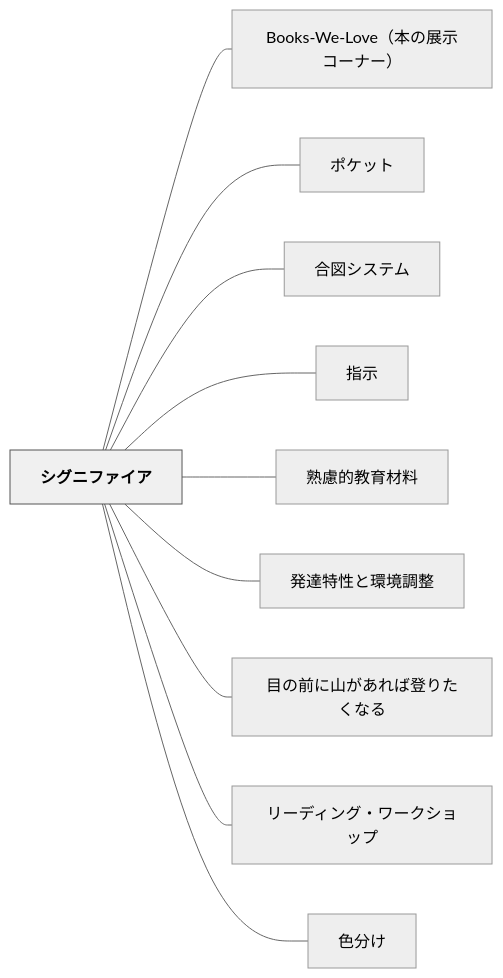
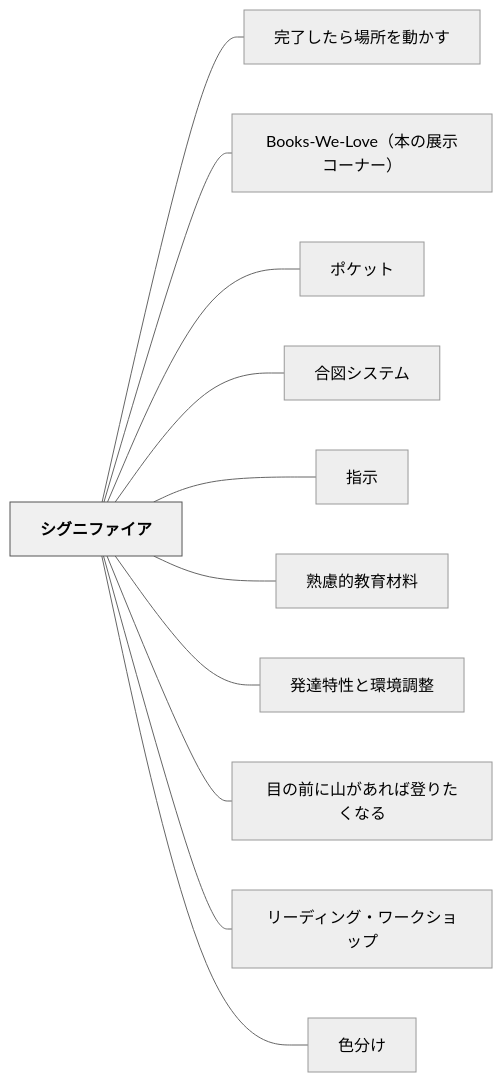
One commit to unknownthings-ed-patterns/unknownthings-ed-patterns changed the diagram in content/パタン/シグニファイア.md. Above: the diagram before and after it, drawn with Mermaid (neutral theme). The commit also changed other lines of this file and 6 other files, not shown here.

````diff
--- a/content/パタン/シグニファイア.md
+++ b/content/パタン/シグニファイア.md
@@ -85,26 +86,28 @@
 ```mermaid
 flowchart LR
     ne382b7e382b0["シグニファイア"]
+    ne5ae8ce4ba86["完了したら場所を動かす"]
     n426f6f6b732d["Books-We-Love（本の展示コーナー）"]
     ne3839de382b1["ポケット"]
     ne59088e59bb3["合図システム"]
     ne68c87e7a4ba["指示"]
     ne7869fe685ae["熟慮的教育材料"]
     ne799bae98194["発達特性と環境調整"]
     ne79baee381ae["目の前に山があれば登りたくなる"]
     ne383aae383bc["リーディング・ワークショップ"]
     ne889b2e58886["色分け"]
 
+    ne382b7e382b0 --- ne5ae8ce4ba86
     ne382b7e382b0 --- n426f6f6b732d
     ne382b7e382b0 --- ne3839de382b1
     ne382b7e382b0 --- ne59088e59bb3
     ne382b7e382b0 --- ne68c87e7a4ba
     ne382b7e382b0 --- ne7869fe685ae
     ne382b7e382b0 --- ne799bae98194
     ne382b7e382b0 --- ne79baee381ae
     ne382b7e382b0 --- ne383aae383bc
     ne382b7e382b0 --- ne889b2e58886
 
     classDef hub fill:#f0f0f0,stroke:#555,color:#000,font-weight:bold
     class ne382b7e382b0 hub
 ```
````
